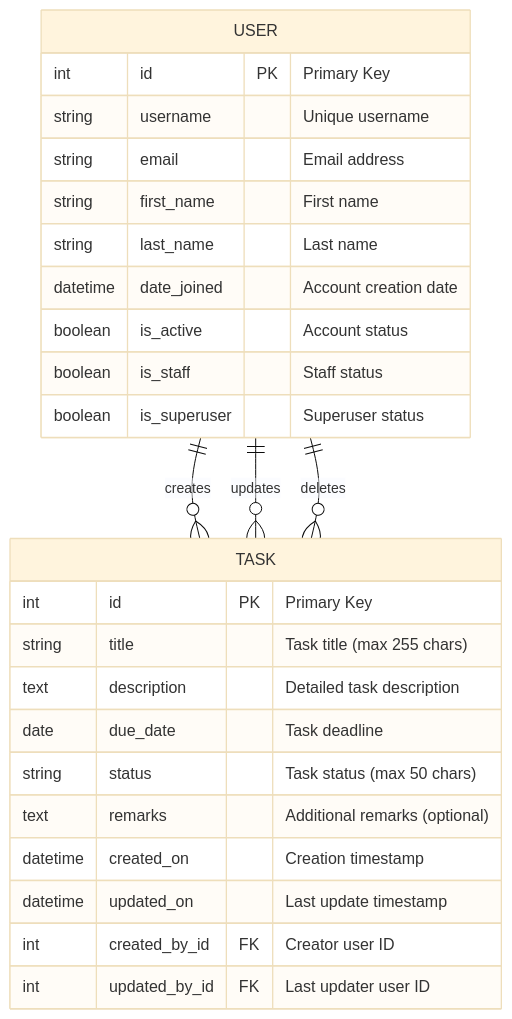
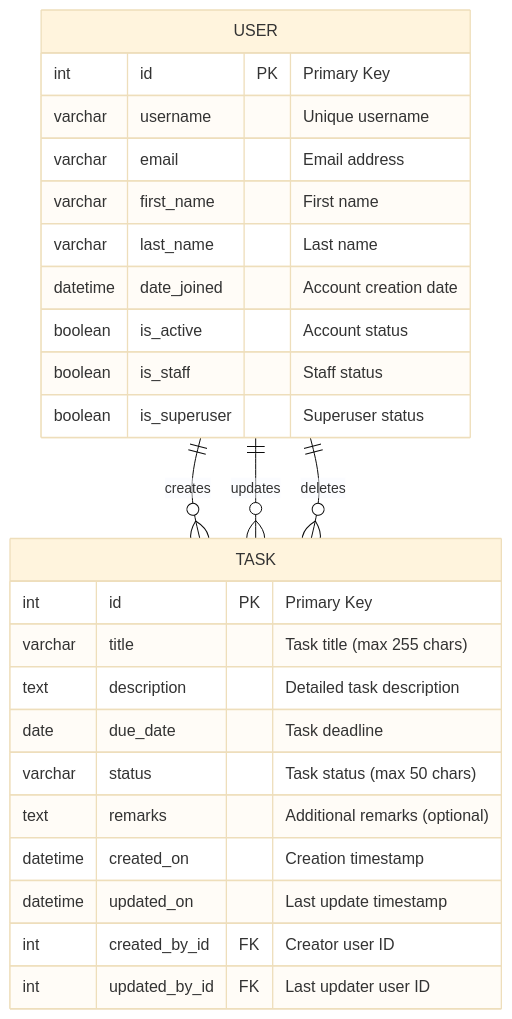
One commit to GauravvGargg/task changed the diagram in README.md. Above: the diagram before and after it, drawn with Mermaid (base theme).

Commit message:
README.md

````diff
--- a/README.md
+++ b/README.md
@@ -34,31 +34,31 @@
 ```mermaid
 erDiagram
     USER {
         int id PK "Primary Key"
-        string username "Unique username"
-        string email "Email address"
-        string first_name "First name"
-        string last_name "Last name"
+        varchar username "Unique username"
+        varchar email "Email address"
+        varchar first_name "First name"
+        varchar last_name "Last name"
         datetime date_joined "Account creation date"
         boolean is_active "Account status"
         boolean is_staff "Staff status"
         boolean is_superuser "Superuser status"
     }
     
     TASK {
         int id PK "Primary Key"
-        string title "Task title (max 255 chars)"
+        varchar title "Task title (max 255 chars)"
         text description "Detailed task description"
         date due_date "Task deadline"
-        string status "Task status (max 50 chars)"
+        varchar status "Task status (max 50 chars)"
         text remarks "Additional remarks (optional)"
         datetime created_on "Creation timestamp"
         datetime updated_on "Last update timestamp"
         int created_by_id FK "Creator user ID"
         int updated_by_id FK "Last updater user ID"
     }
     
     USER ||--o{ TASK : "creates"
     USER ||--o{ TASK : "updates"
     USER ||--o{ TASK : "deletes"
 ```
````
